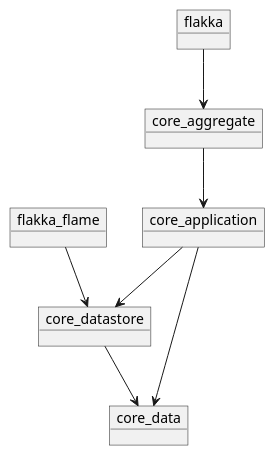
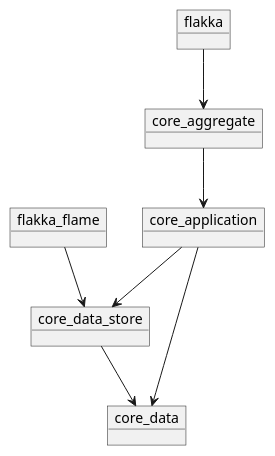
The diagram in packages.puml (bestow-code/flakka), drawn with PlantUML before and after one commit. The commit also changed 10 other files, not shown here.

```diff
--- a/packages.puml
+++ b/packages.puml
@@ -1,15 +1,15 @@
 @startuml
 object flakka
 object flakka_flame
 object core_aggregate
 object core_application
-object core_datastore
-flakka_flame --> core_datastore
+object core_data_store
+flakka_flame --> core_data_store
 flakka --> core_aggregate
 object core_data
 
-core_datastore --> core_data
-core_application --> core_datastore
+core_data_store --> core_data
+core_application --> core_data_store
 core_application --> core_data
 core_aggregate --> core_application
 @enduml
```
